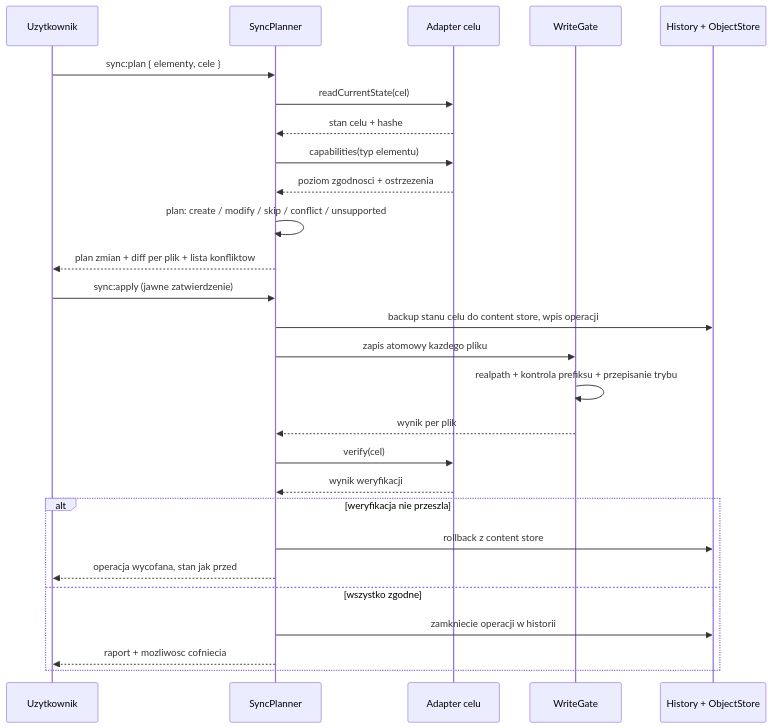
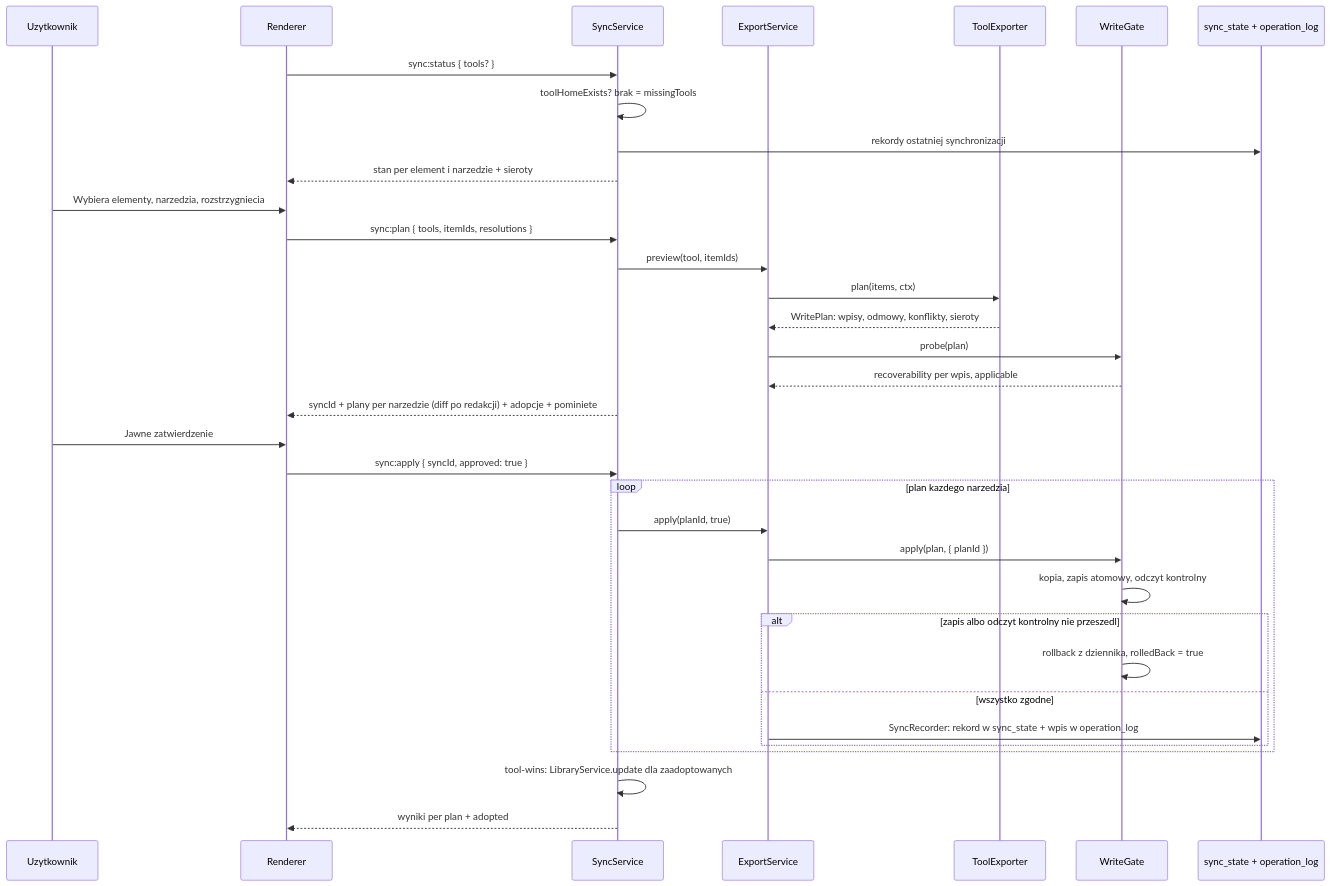
Before and after one commit to konradxmalinowski/cwm: the third of 4 diagrams in docs/ARCHITECTURE.md, drawn with Mermaid. The commit also changed other lines of this file and 3 other files, not shown here.

````diff
--- a/docs/ARCHITECTURE.md
+++ b/docs/ARCHITECTURE.md
@@ -295,30 +322,37 @@
 ```mermaid
 sequenceDiagram
   participant U as Uzytkownik
-  participant MN as SyncPlanner
-  participant AD as Adapter celu
+  participant RD as Renderer
+  participant SY as SyncService
+  participant EX as ExportService
+  participant AD as ToolExporter
   participant WG as WriteGate
-  participant HS as History + ObjectStore
+  participant HS as sync_state + operation_log
 
-  U->>MN: sync:plan { elementy, cele }
-  MN->>AD: readCurrentState(cel)
-  AD-->>MN: stan celu + hashe
-  MN->>AD: capabilities(typ elementu)
-  AD-->>MN: poziom zgodnosci + ostrzezenia
-  MN->>MN: plan: create / modify / skip / conflict / unsupported
-  MN-->>U: plan zmian + diff per plik + lista konfliktow
-  U->>MN: sync:apply (jawne zatwierdzenie)
-  MN->>HS: backup stanu celu do content store, wpis operacji
-  MN->>WG: zapis atomowy kazdego pliku
-  WG->>WG: realpath + kontrola prefiksu + przepisanie trybu
-  WG-->>MN: wynik per plik
-  MN->>AD: verify(cel)
-  AD-->>MN: wynik weryfikacji
-  alt weryfikacja nie przeszla
-    MN->>HS: rollback z content store
-    MN-->>U: operacja wycofana, stan jak przed
-  else wszystko zgodne
-    MN->>HS: zamkniecie operacji w historii
-    MN-->>U: raport + mozliwosc cofniecia
+  RD->>SY: sync:status { tools? }
+  SY->>SY: toolHomeExists? brak = missingTools
+  SY->>HS: rekordy ostatniej synchronizacji
+  SY-->>RD: stan per element i narzedzie + sieroty
+  U->>RD: Wybiera elementy, narzedzia, rozstrzygniecia
+  RD->>SY: sync:plan { tools, itemIds, resolutions }
+  SY->>EX: preview(tool, itemIds)
+  EX->>AD: plan(items, ctx)
+  AD-->>EX: WritePlan: wpisy, odmowy, konflikty, sieroty
+  EX->>WG: probe(plan)
+  WG-->>EX: recoverability per wpis, applicable
+  SY-->>RD: syncId + plany per narzedzie (diff po redakcji) + adopcje + pominiete
+  U->>RD: Jawne zatwierdzenie
+  RD->>SY: sync:apply { syncId, approved: true }
+  loop plan kazdego narzedzia
+    SY->>EX: apply(planId, true)
+    EX->>WG: apply(plan, { planId })
+    WG->>WG: kopia, zapis atomowy, odczyt kontrolny
+    alt zapis albo odczyt kontrolny nie przeszedl
+      WG->>WG: rollback z dziennika, rolledBack = true
+    else wszystko zgodne
+      EX->>HS: SyncRecorder: rekord w sync_state + wpis w operation_log
+    end
   end
+  SY->>SY: tool-wins: LibraryService.update dla zaadoptowanych
+  SY-->>RD: wyniki per plan + adopted
 ```
````
